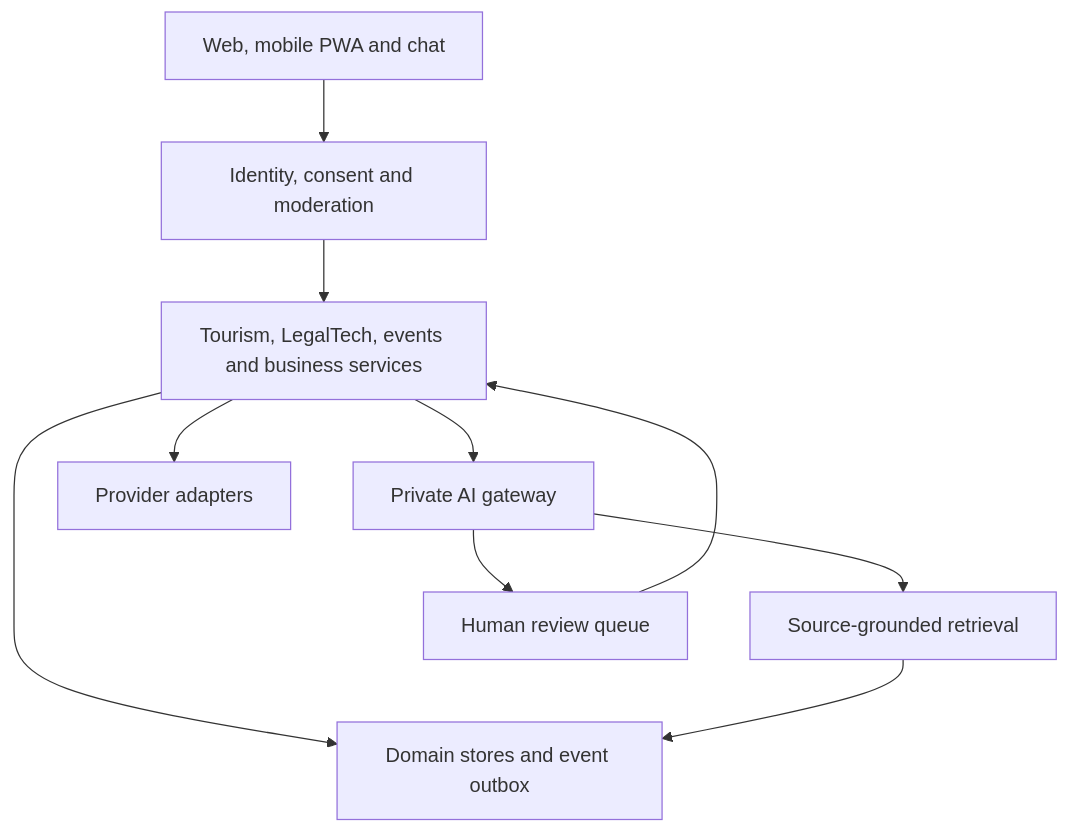
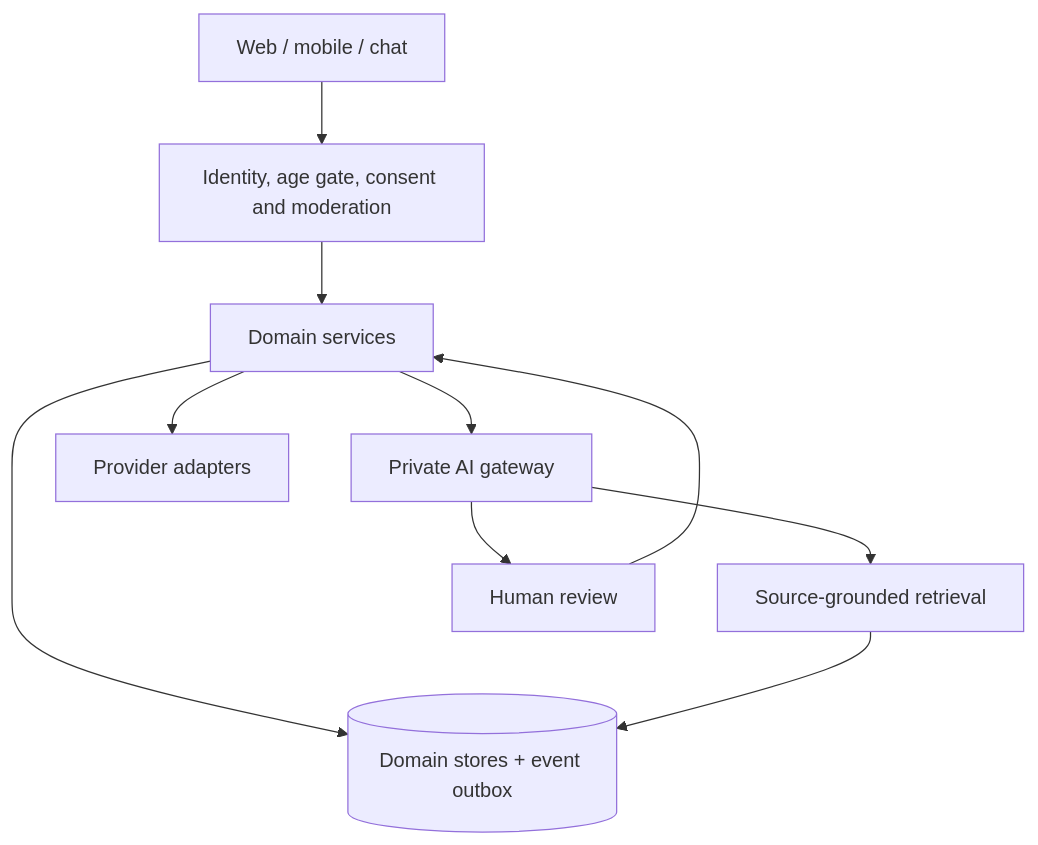
The diagram in README.md (robotics-intelligent-systems/jfxai4mad), drawn with Mermaid before and after one commit. The commit also changed other lines of this file, not shown here.

````diff
--- a/README.md
+++ b/README.md
@@ -150,12 +29,12 @@
 ```mermaid
 flowchart TD
-    U["Web, mobile PWA and chat"] --> I["Identity, consent and moderation"]
-    I --> S["Tourism, LegalTech, events and business services"]
-    S --> A["Private AI gateway"]
-    S --> P["Provider adapters"]
-    S --> D["Domain stores and event outbox"]
-    A --> R["Source-grounded retrieval"]
+    U[Web / mobile / chat] --> I[Identity, age gate, consent and moderation]
+    I --> S[Domain services]
+    S --> A[Private AI gateway]
+    S --> P[Provider adapters]
+    S --> D[(Domain stores + event outbox)]
+    A --> R[Source-grounded retrieval]
+    A --> H[Human review]
     R --> D
-    A --> H["Human review queue"]
     H --> S
 ```
````
